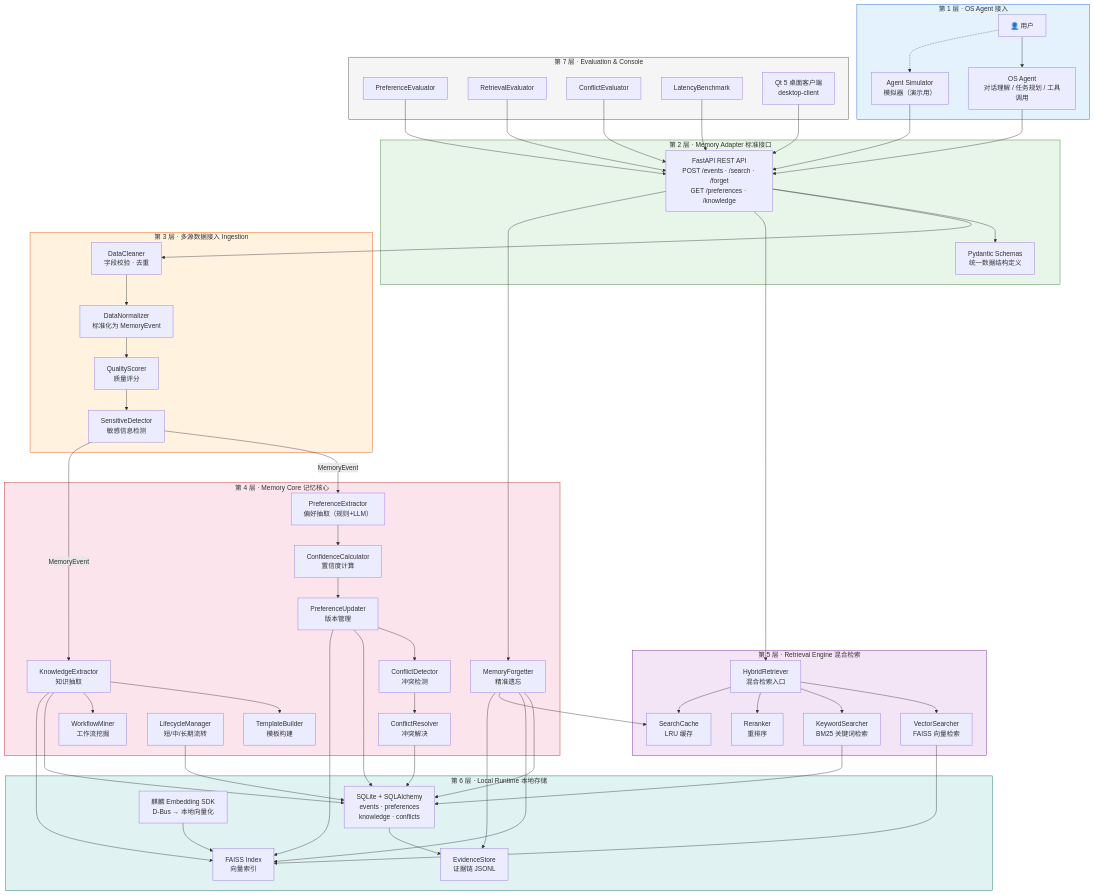
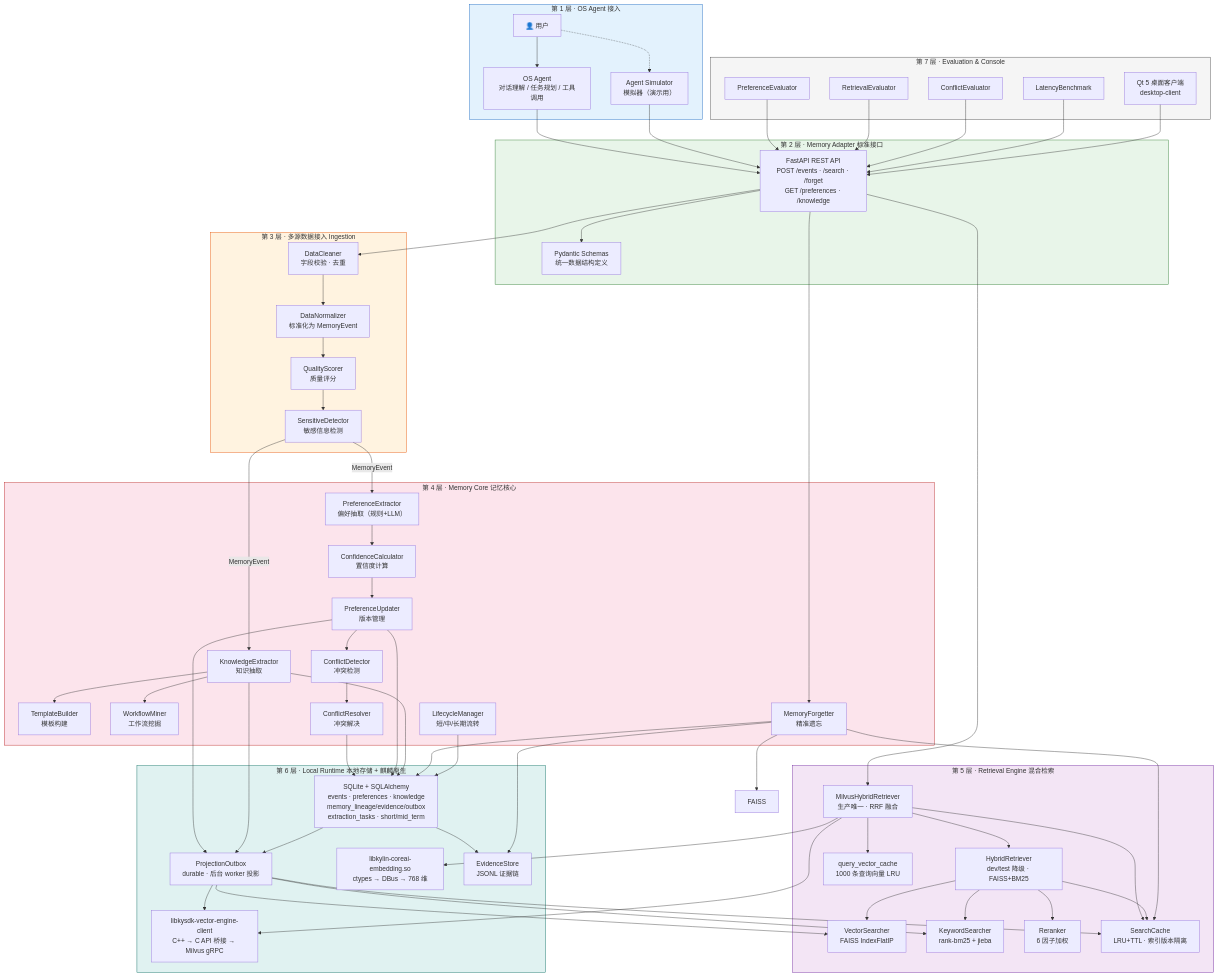
The first of 14 diagrams in docs/ARCHITECTURE.md (pyzw618/XA202612-2), drawn with Mermaid before and after one commit. The commit also changed other lines of this file and 5 other files, not shown here.

```diff
--- a/docs/ARCHITECTURE.md
+++ b/docs/ARCHITECTURE.md
@@ -40,18 +46,21 @@
     end
 
     subgraph L5["第 5 层 · Retrieval Engine 混合检索"]
-        Hybrid["HybridRetriever<br/>混合检索入口"]
-        Vector["VectorSearcher<br/>FAISS 向量检索"]
-        Keyword["KeywordSearcher<br/>BM25 关键词检索"]
-        Rerank["Reranker<br/>重排序"]
-        Cache["SearchCache<br/>LRU 缓存"]
+        MilvusHybrid["MilvusHybridRetriever<br/>生产唯一 · RRF 融合"]
+        Hybrid["HybridRetriever<br/>dev/test 降级 · FAISS+BM25"]
+        Vector["VectorSearcher<br/>FAISS IndexFlatIP"]
+        Keyword["KeywordSearcher<br/>rank-bm25 + jieba"]
+        Rerank["Reranker<br/>6 因子加权"]
+        Cache["SearchCache<br/>LRU+TTL · 索引版本隔离"]
+        QueryCache["query_vector_cache<br/>1000 条查询向量 LRU"]
     end
 
-    subgraph L6["第 6 层 · Local Runtime 本地存储"]
-        SQLite["SQLite + SQLAlchemy<br/>events · preferences<br/>knowledge · conflicts"]
-        FAISS["FAISS Index<br/>向量索引"]
-        Evidence["EvidenceStore<br/>证据链 JSONL"]
-        KylinSDK["麒麟 Embedding SDK<br/>D-Bus → 本地向量化"]
+    subgraph L6["第 6 层 · Local Runtime 本地存储 + 麒麟原生"]
+        SQLite["SQLite + SQLAlchemy<br/>events · preferences · knowledge<br/>memory_lineage/evidence/outbox<br/>extraction_tasks · short/mid_term"]
+        Outbox["ProjectionOutbox<br/>durable · 后台 worker 投影"]
+        MilvusSDK["libkysdk-vector-engine-client<br/>C++ → C API 桥接 → Milvus gRPC"]
+        KylinSDK["libkylin-coreai-embedding.so<br/>ctypes → DBus → 768 维"]
+        Evidence["EvidenceStore<br/>JSONL 证据链"]
     end
 
     subgraph L7["第 7 层 · Evaluation & Console"]
@@ -80,21 +89,27 @@
     ConflictDet --> ConflictRes
     ConflictRes --> SQLite
 
-    API --> Hybrid
+    API --> MilvusHybrid
+    MilvusHybrid --> Hybrid
+    MilvusHybrid --> Cache
+    MilvusHybrid --> QueryCache
+    MilvusHybrid --> MilvusSDK
+    MilvusHybrid --> KylinSDK
     Hybrid --> Vector
     Hybrid --> Keyword
     Hybrid --> Rerank
     Hybrid --> Cache
 
     PrefUpdate --> SQLite
-    PrefUpdate --> FAISS
+    PrefUpdate --> Outbox
     KnowExtract --> SQLite
-    KnowExtract --> FAISS
+    KnowExtract --> Outbox
+    SQLite --> Outbox
+    Outbox --> MilvusSDK
+    Outbox --> Vector
+    Outbox --> Keyword
+    Outbox --> Cache
     SQLite --> Evidence
-
-    Vector --> FAISS
-    Keyword --> SQLite
-    KylinSDK --> FAISS
 
     API --> Forget
     Forget --> SQLite
```
